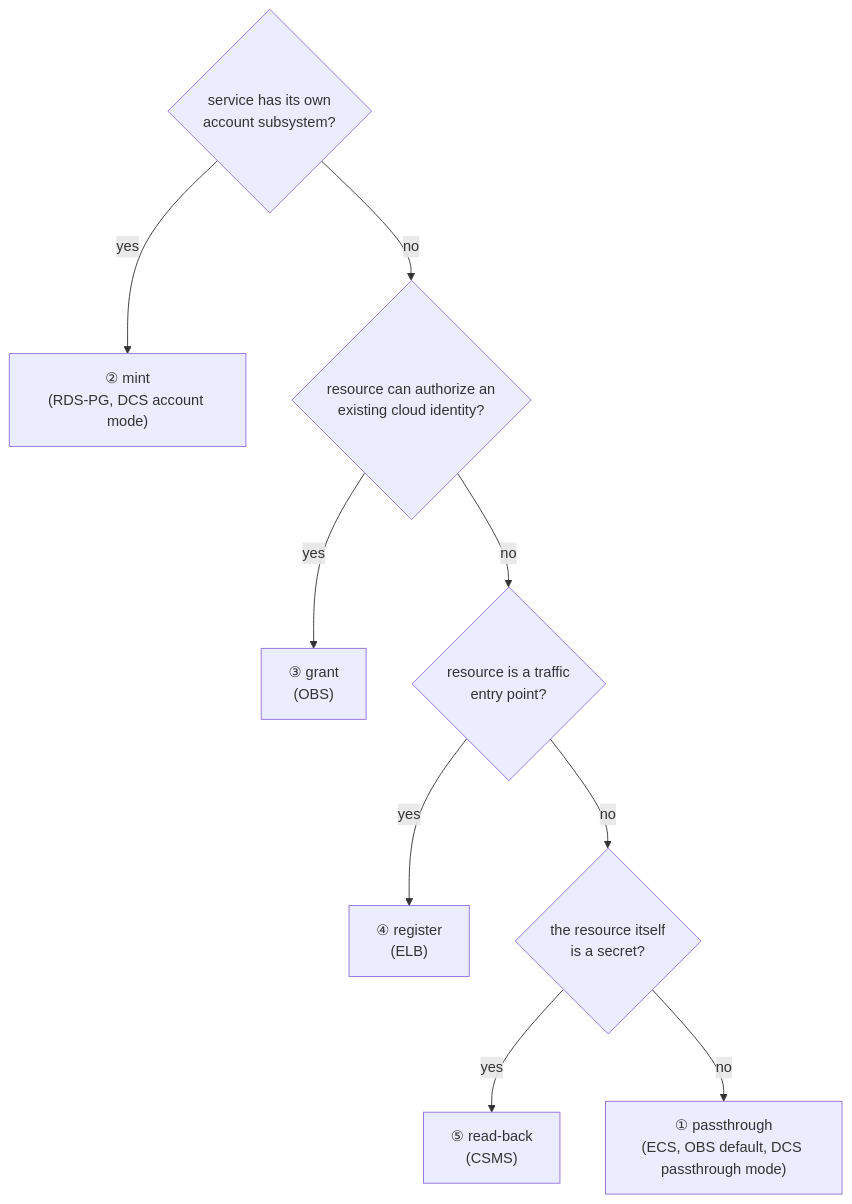
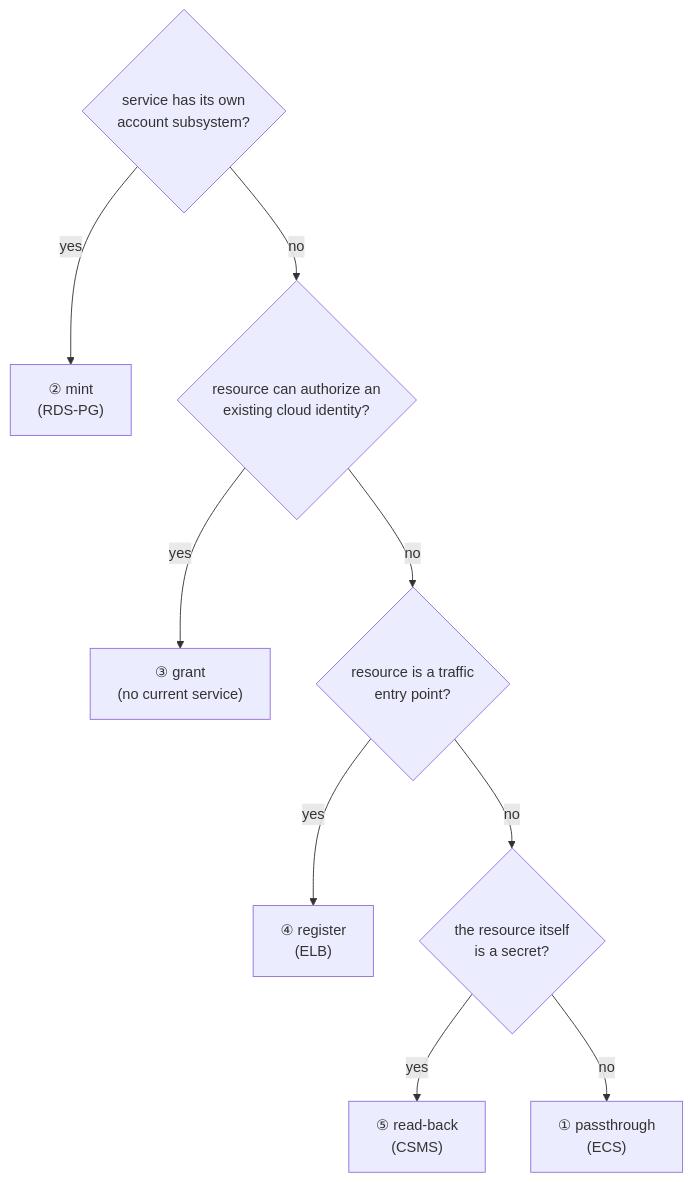
Before and after one commit to alex-tw-lam/csb-brokerpak-hcs: the seventh of 7 diagrams in docs/bind-model.md, drawn with Mermaid. The commit also changed other lines of this file and 40 other files, not shown here.

First line of the commit message:
Remove the DCS and OBS services

````diff
--- a/docs/bind-model.md
+++ b/docs/bind-model.md
@@ -95,11 +95,11 @@
 ```mermaid
 flowchart TD
-    Q1{"service has its own<br/>account subsystem?"} -->|yes| M["② mint<br/>(RDS-PG, DCS account mode)"]
+    Q1{"service has its own<br/>account subsystem?"} -->|yes| M["② mint<br/>(RDS-PG)"]
     Q1 -->|no| Q2{"resource can authorize an<br/>existing cloud identity?"}
-    Q2 -->|yes| G["③ grant<br/>(OBS)"]
+    Q2 -->|yes| G["③ grant<br/>(no current service)"]
     Q2 -->|no| Q3{"resource is a traffic<br/>entry point?"}
     Q3 -->|yes| RG["④ register<br/>(ELB)"]
     Q3 -->|no| Q4{"the resource itself<br/>is a secret?"}
     Q4 -->|yes| RB["⑤ read-back<br/>(CSMS)"]
-    Q4 -->|no| PT["① passthrough<br/>(ECS, OBS default, DCS passthrough mode)"]
+    Q4 -->|no| PT["① passthrough<br/>(ECS)"]
 ```
````
